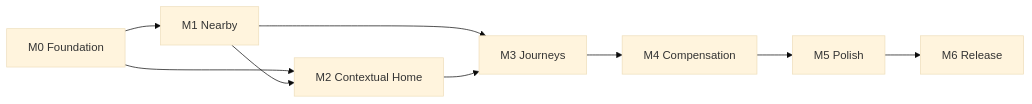
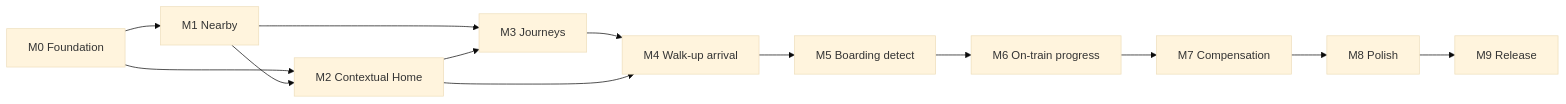
Before and after one commit to mazerunner70/uk-rail-tracker: the second of 2 diagrams in docs/milestone-roadmap.md, drawn with Mermaid (base theme). The commit also changed other lines of this file and 65 other files, not shown here.

````diff
--- a/docs/milestone-roadmap.md
+++ b/docs/milestone-roadmap.md
@@ -231,11 +387,15 @@
 ```mermaid
 flowchart LR
     M0[M0 Foundation] --> M1[M1 Nearby]
     M0 --> M2[M2 Contextual Home]
     M1 --> M2
     M1 --> M3[M3 Journeys]
     M2 --> M3
-    M3 --> M4[M4 Compensation]
-    M4 --> M5[M5 Polish]
-    M5 --> M6[M6 Release]
+    M3 --> M4[M4 Walk-up arrival]
+    M2 --> M4
+    M4 --> M5[M5 Boarding detect]
+    M5 --> M6[M6 On-train progress]
+    M6 --> M7[M7 Compensation]
+    M7 --> M8[M8 Polish]
+    M8 --> M9[M9 Release]
 ```
````
